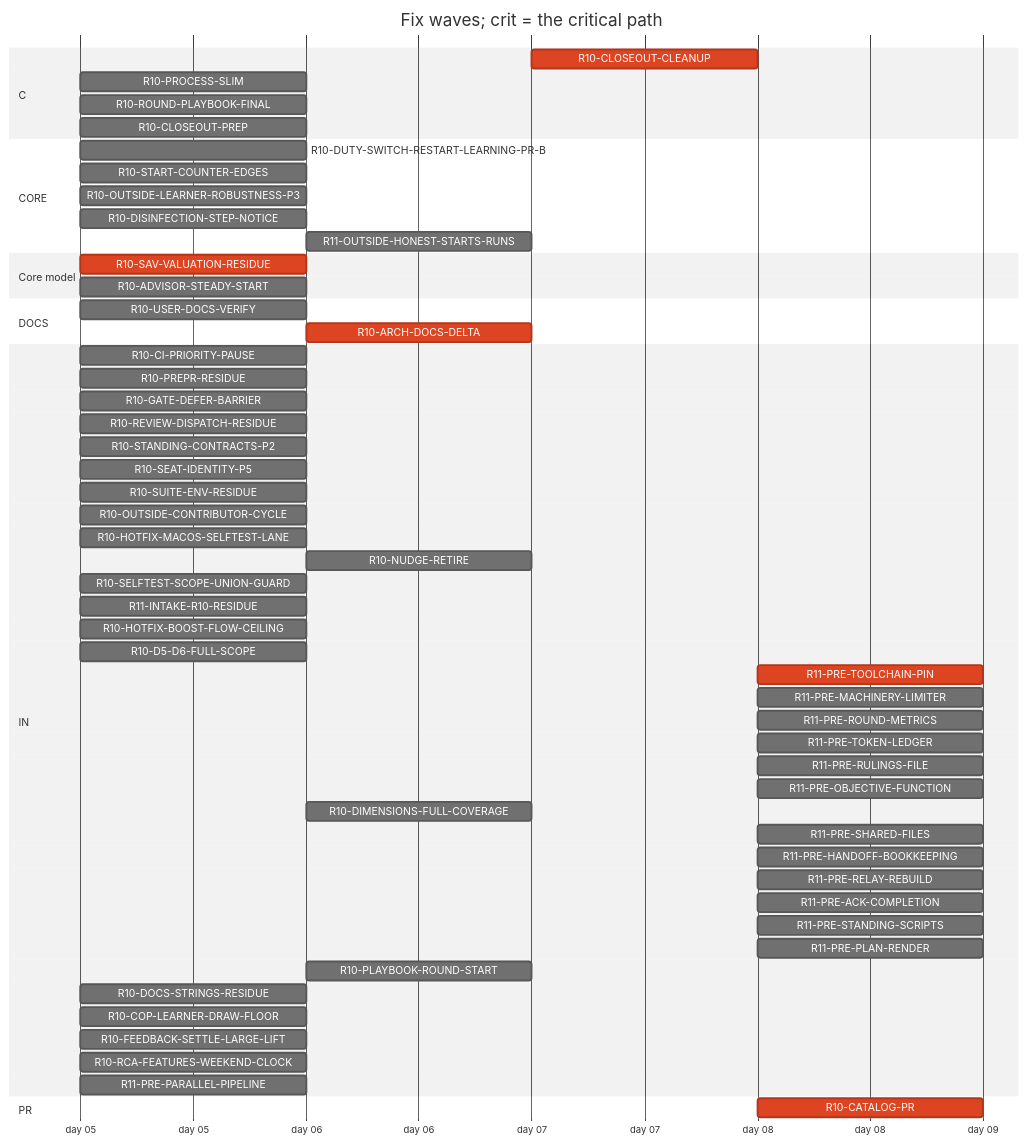
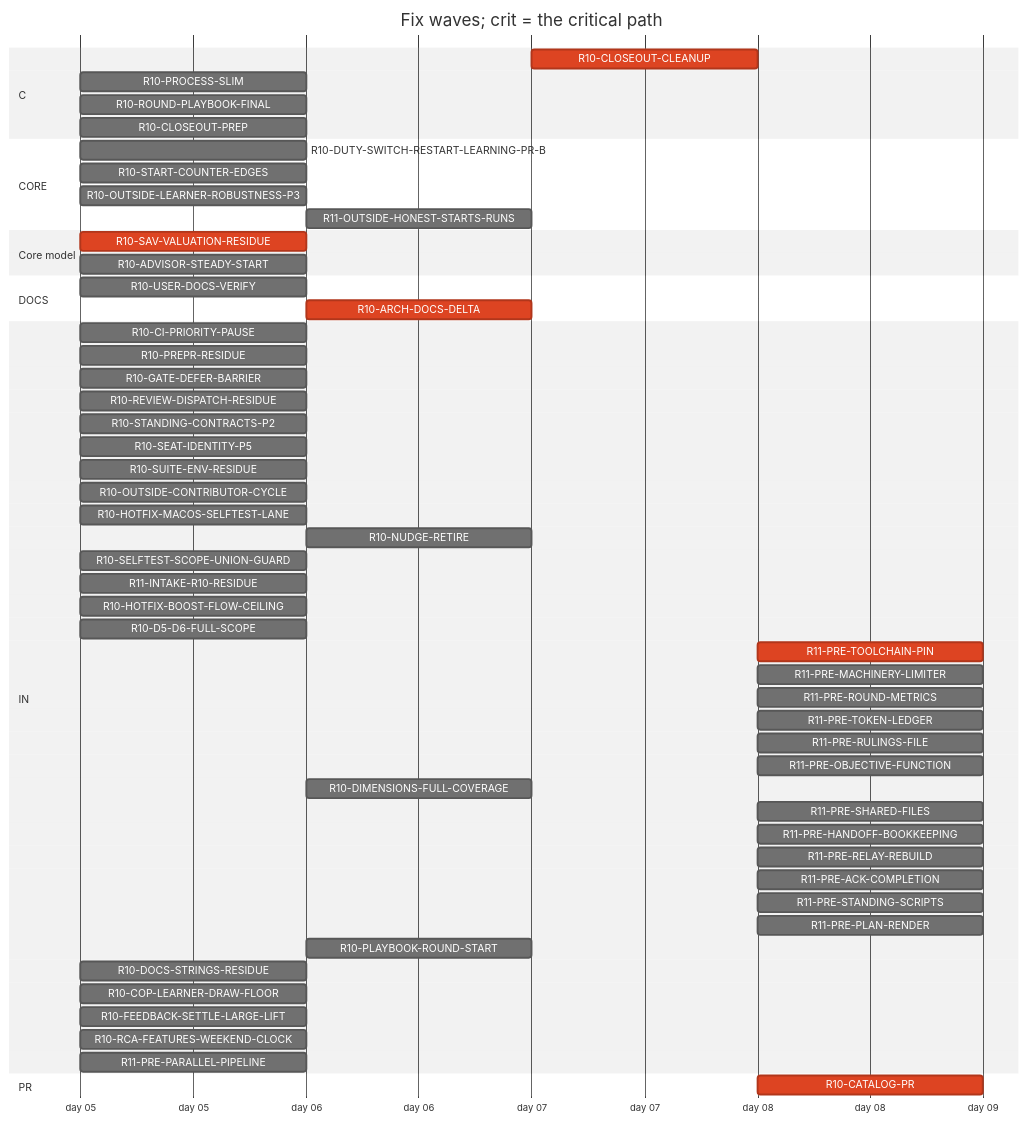
One commit to tvofi/heatpump_optimizer changed the diagram in handoff/round10/state/PLAN-TABLE.md. Above: the diagram before and after it, drawn with Mermaid (neutral theme). The commit also changed other lines of this file and 4 other files, not shown here.

Commit message:
state: FLOW-BOARD.md, NEXT-SESSION-PROMPT.md, PLAN-TABLE.md, PLAN.html, RESUME-CURRENT.md regenerated (state_docs.py)

````diff
--- a/handoff/round10/state/PLAN-TABLE.md
+++ b/handoff/round10/state/PLAN-TABLE.md
@@ -19,59 +19,58 @@
 ```mermaid
 gantt
   title Fix waves; crit = the critical path
   dateFormat YYYY-MM-DD
   axisFormat day %d
   section C
     R10-CLOSEOUT-CLEANUP :crit, r10CLOSEOUTCLEANUP, after r10USERDOCSVERIFY r10CLOSEOUTPREP r10ARCHDOCSDELTA, 1d
     R10-PROCESS-SLIM :r10PROCESSSLIM, 2026-01-05, 1d
     R10-ROUND-PLAYBOOK-FINAL :r10ROUNDPLAYBOOKFINAL, 2026-01-05, 1d
     R10-CLOSEOUT-PREP :r10CLOSEOUTPREP, 2026-01-05, 1d
   section CORE
     R10-DUTY-SWITCH-RESTART-LEARNING-PR-B :r10DUTYSWITCHRESTARTLEARNINGPRB, 2026-01-05, 1d
     R10-START-COUNTER-EDGES :r10STARTCOUNTEREDGES, 2026-01-05, 1d
     R10-OUTSIDE-LEARNER-ROBUSTNESS-P3 :r10OUTSIDELEARNERROBUSTNESSP3, 2026-01-05, 1d
-    R10-DISINFECTION-STEP-NOTICE :r10DISINFECTIONSTEPNOTICE, 2026-01-05, 1d
     R11-OUTSIDE-HONEST-STARTS-RUNS :r11OUTSIDEHONESTSTARTSRUNS, after r10ADVISORSTEADYSTART, 1d
   section Core model
     R10-SAV-VALUATION-RESIDUE :crit, r10SAVVALUATIONRESIDUE, 2026-01-05, 1d
     R10-ADVISOR-STEADY-START :r10ADVISORSTEADYSTART, 2026-01-05, 1d
   section DOCS
     R10-USER-DOCS-VERIFY :r10USERDOCSVERIFY, 2026-01-05, 1d
     R10-ARCH-DOCS-DELTA :crit, r10ARCHDOCSDELTA, after r10SAVVALUATIONRESIDUE r10ADVISORSTEADYSTART, 1d
   section IN
     R10-CI-PRIORITY-PAUSE :r10CIPRIORITYPAUSE, 2026-01-05, 1d
     R10-PREPR-RESIDUE :r10PREPRRESIDUE, 2026-01-05, 1d
     R10-GATE-DEFER-BARRIER :r10GATEDEFERBARRIER, 2026-01-05, 1d
     R10-REVIEW-DISPATCH-RESIDUE :r10REVIEWDISPATCHRESIDUE, 2026-01-05, 1d
     R10-STANDING-CONTRACTS-P2 :r10STANDINGCONTRACTSP2, 2026-01-05, 1d
     R10-SEAT-IDENTITY-P5 :r10SEATIDENTITYP5, 2026-01-05, 1d
     R10-SUITE-ENV-RESIDUE :r10SUITEENVRESIDUE, 2026-01-05, 1d
     R10-OUTSIDE-CONTRIBUTOR-CYCLE :r10OUTSIDECONTRIBUTORCYCLE, 2026-01-05, 1d
     R10-HOTFIX-MACOS-SELFTEST-LANE :r10HOTFIXMACOSSELFTESTLANE, 2026-01-05, 1d
     R10-NUDGE-RETIRE :r10NUDGERETIRE, after r10ROUNDPLAYBOOKFINAL, 1d
     R10-SELFTEST-SCOPE-UNION-GUARD :r10SELFTESTSCOPEUNIONGUARD, 2026-01-05, 1d
     R11-INTAKE-R10-RESIDUE :r11INTAKER10RESIDUE, 2026-01-05, 1d
     R10-HOTFIX-BOOST-FLOW-CEILING :r10HOTFIXBOOSTFLOWCEILING, 2026-01-05, 1d
     R10-D5-D6-FULL-SCOPE :r10D5D6FULLSCOPE, 2026-01-05, 1d
     R11-PRE-TOOLCHAIN-PIN :crit, r11PRETOOLCHAINPIN, after r10CATALOGPR, 1d
     R11-PRE-MACHINERY-LIMITER :r11PREMACHINERYLIMITER, after r10CATALOGPR, 1d
     R11-PRE-ROUND-METRICS :r11PREROUNDMETRICS, after r10CATALOGPR, 1d
     R11-PRE-TOKEN-LEDGER :r11PRETOKENLEDGER, after r10CATALOGPR, 1d
     R11-PRE-RULINGS-FILE :r11PRERULINGSFILE, after r10CATALOGPR, 1d
     R11-PRE-OBJECTIVE-FUNCTION :r11PREOBJECTIVEFUNCTION, after r10CATALOGPR, 1d
     R10-DIMENSIONS-FULL-COVERAGE :r10DIMENSIONSFULLCOVERAGE, after r10D5D6FULLSCOPE, 1d
     R11-PRE-SHARED-FILES :r11PRESHAREDFILES, after r10CATALOGPR, 1d
     R11-PRE-HANDOFF-BOOKKEEPING :r11PREHANDOFFBOOKKEEPING, after r10CATALOGPR, 1d
     R11-PRE-RELAY-REBUILD :r11PRERELAYREBUILD, after r10CATALOGPR, 1d
     R11-PRE-ACK-COMPLETION :r11PREACKCOMPLETION, after r10CATALOGPR, 1d
     R11-PRE-STANDING-SCRIPTS :r11PRESTANDINGSCRIPTS, after r10CATALOGPR, 1d
     R11-PRE-PLAN-RENDER :r11PREPLANRENDER, after r10CATALOGPR, 1d
     R10-PLAYBOOK-ROUND-START :r10PLAYBOOKROUNDSTART, after r10ROUNDPLAYBOOKFINAL, 1d
     R10-DOCS-STRINGS-RESIDUE :r10DOCSSTRINGSRESIDUE, 2026-01-05, 1d
     R10-COP-LEARNER-DRAW-FLOOR :r10COPLEARNERDRAWFLOOR, 2026-01-05, 1d
     R10-FEEDBACK-SETTLE-LARGE-LIFT :r10FEEDBACKSETTLELARGELIFT, 2026-01-05, 1d
     R10-RCA-FEATURES-WEEKEND-CLOCK :r10RCAFEATURESWEEKENDCLOCK, 2026-01-05, 1d
     R11-PRE-PARALLEL-PIPELINE :r11PREPARALLELPIPELINE, 2026-01-05, 1d
   section PR
     R10-CATALOG-PR :crit, r10CATALOGPR, after r10USERDOCSVERIFY r10CLOSEOUTCLEANUP r10CLOSEOUTPREP r10ARCHDOCSDELTA, 1d
 ```
````
